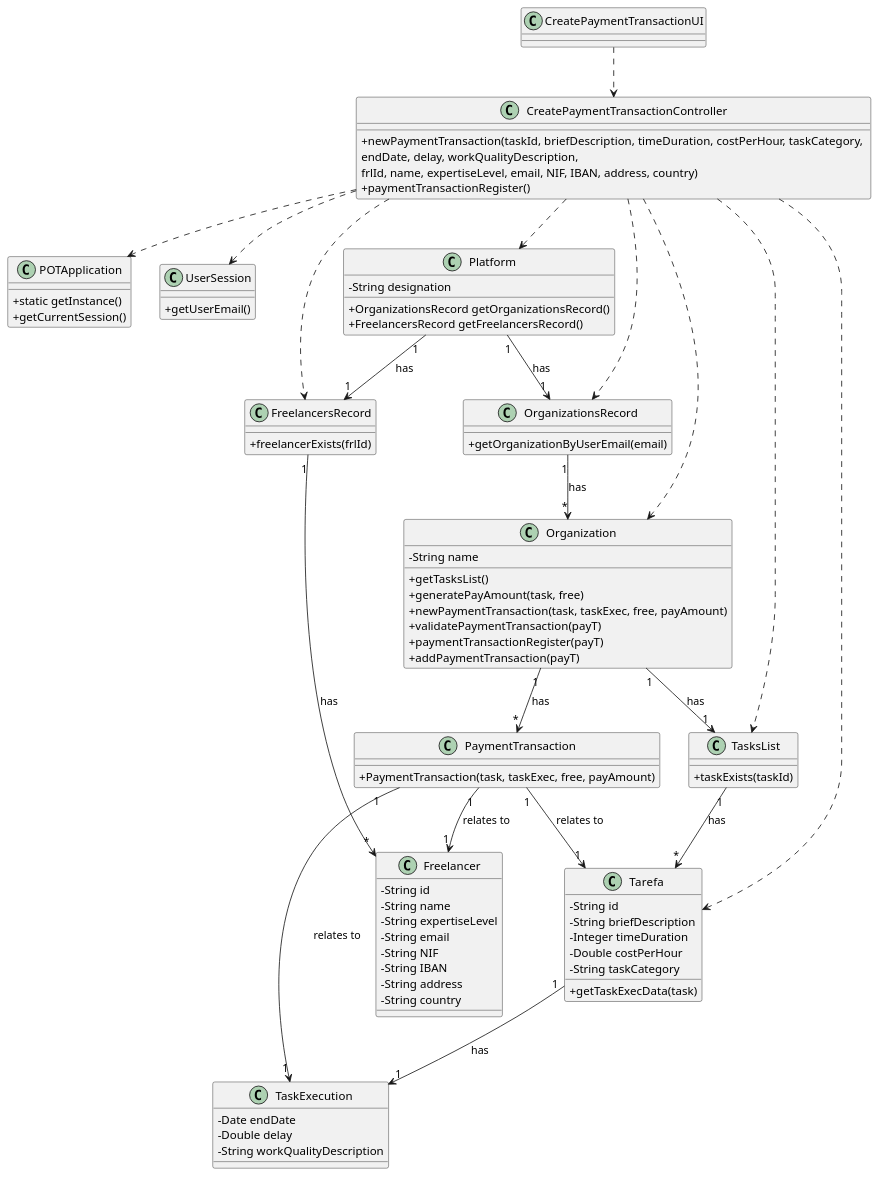
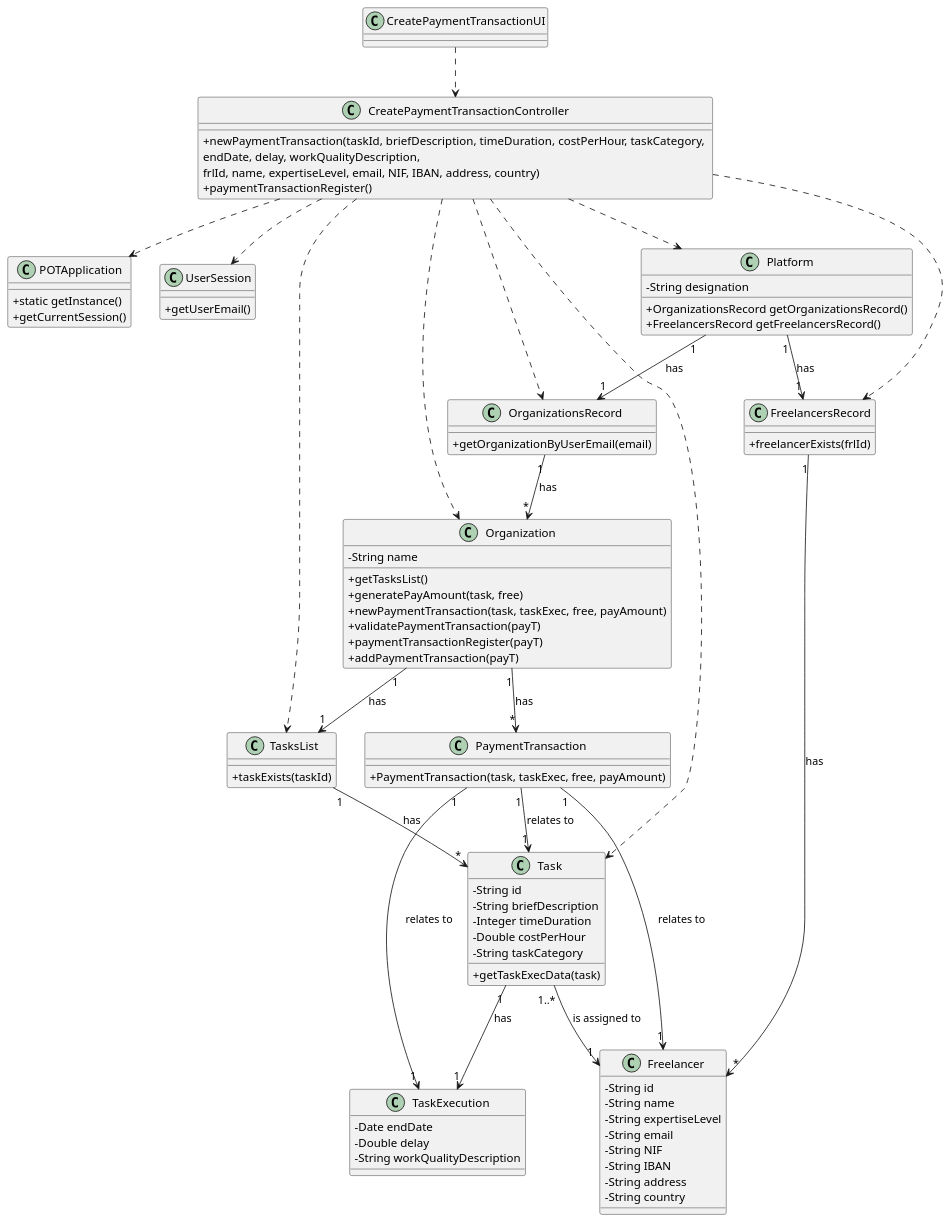
The diagram in docs/UC3 - Create Payment Transaction/UC3_CD.puml (pedrolemos4/LAPR2), drawn with PlantUML before and after one commit. The commit also changed 8 other files, not shown here.

```diff
--- a/docs/UC3 - Create Payment Transaction/UC3_CD.puml
+++ b/docs/UC3 - Create Payment Transaction/UC3_CD.puml
@@ -1,104 +1,105 @@
 @startuml
 skinparam classAttributeIconSize 0
 
 class POTApplication
 {
   +static getInstance()
   +getCurrentSession()
 }
 
 class UserSession
 {
   +getUserEmail()
 }
 
-class Tarefa {
+class Task {
   -String id
   -String briefDescription
   -Integer timeDuration
   -Double costPerHour
   -String taskCategory
   +getTaskExecData(task)
 }
 
 class Freelancer {
   -String id
   -String name
   -String expertiseLevel
   -String email
   -String NIF
   -String IBAN
   -String address
   -String country
 }
 
 class Organization {
   -String name
   +getTasksList()
   +generatePayAmount(task, free)
   +newPaymentTransaction(task, taskExec, free, payAmount)
   +validatePaymentTransaction(payT)
   +paymentTransactionRegister(payT)
   +addPaymentTransaction(payT)
 }
 
 class TasksList {
   +taskExists(taskId)
 }
 
 class Platform {
   -String designation
   +OrganizationsRecord getOrganizationsRecord()
   +FreelancersRecord getFreelancersRecord()
 }
 
 class FreelancersRecord {
   +freelancerExists(frlId)
 }
 
 class OrganizationsRecord  {
   +getOrganizationByUserEmail(email)
 }
 
 class CreatePaymentTransactionController {
   +newPaymentTransaction(taskId, briefDescription, timeDuration, costPerHour, taskCategory, \nendDate, delay, workQualityDescription, \nfrlId, name, expertiseLevel, email, NIF, IBAN, address, country)
   +paymentTransactionRegister()
 }
 
 class CreatePaymentTransactionUI {
 }
 
 class PaymentTransaction{
   +PaymentTransaction(task, taskExec, free, payAmount)
 }
 
 class TaskExecution {
  -Date endDate
  -Double delay
  -String workQualityDescription
 }
 
 CreatePaymentTransactionUI ..> CreatePaymentTransactionController
 CreatePaymentTransactionController ..> Platform
-CreatePaymentTransactionController ..> Tarefa
+CreatePaymentTransactionController ..> Task
 CreatePaymentTransactionController ..> Organization
 CreatePaymentTransactionController ..> POTApplication
 CreatePaymentTransactionController ..> UserSession
 CreatePaymentTransactionController ..> TasksList
 CreatePaymentTransactionController ..> FreelancersRecord
 CreatePaymentTransactionController ..> OrganizationsRecord
 Platform "1" --> "1" FreelancersRecord : has
 Platform "1" --> "1" OrganizationsRecord : has
 
 FreelancersRecord "1" --> "*" Freelancer : has
 OrganizationsRecord "1" --> "*" Organization : has
 Organization "1" --> "1" TasksList : has
 Organization "1" --> "*" PaymentTransaction : has
-TasksList "1" --> "*" Tarefa : has
-Tarefa "1" --> "1" TaskExecution : has
+TasksList "1" --> "*" Task : has
+Task "1" --> "1" TaskExecution : has
+Task "1..*" --> "1" Freelancer : is assigned to
 
 PaymentTransaction "1" --> "1" Freelancer : relates to
-PaymentTransaction "1" --> "1" Tarefa : relates to
+PaymentTransaction "1" --> "1" Task : relates to
 PaymentTransaction "1" --> "1" TaskExecution : relates to
 
 @enduml
```
